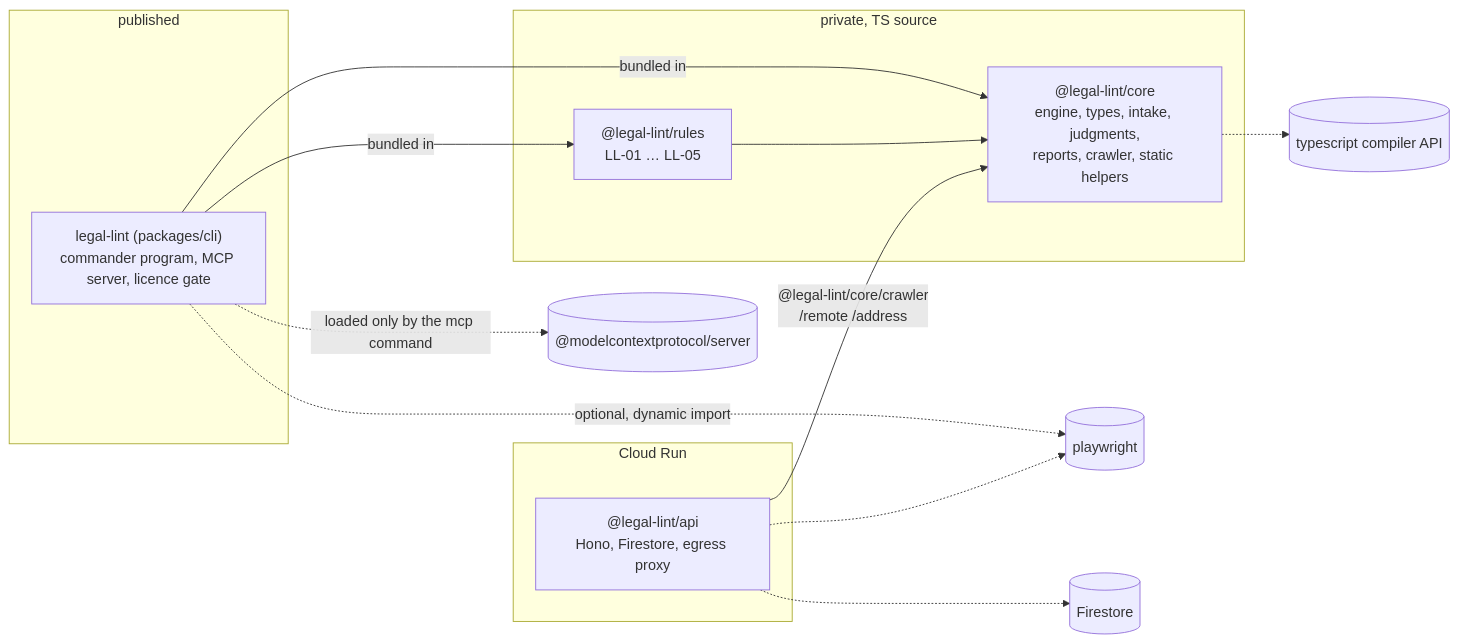
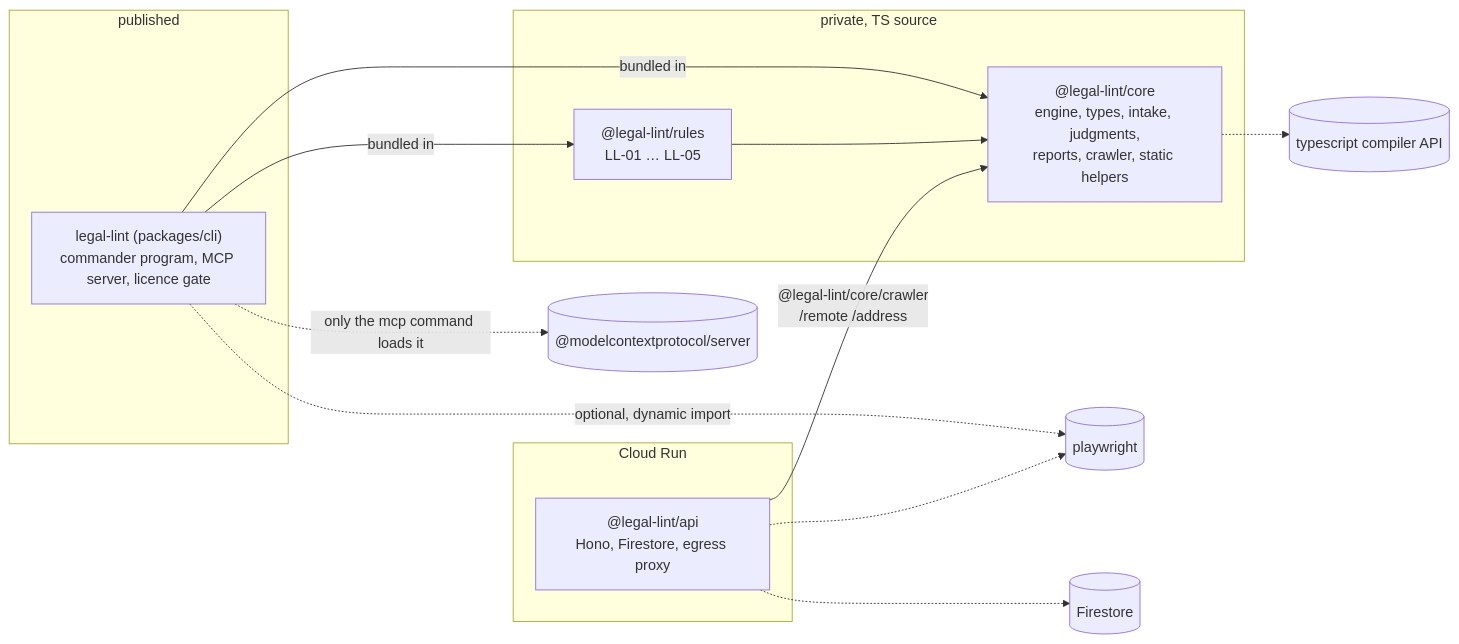
The first of 13 diagrams in docs/architecture.md (raghavg27/legal-linter), drawn with Mermaid before and after one commit. The commit also changed other lines of this file and 7 other files, not shown here.

Commit message:
docs: rewrite README, CLAUDE.md, contributor docs and architecture diagrams in ASD-STE100 style

````diff
--- a/docs/architecture.md
+++ b/docs/architecture.md
@@ -26,24 +26,24 @@
 ```mermaid
 flowchart LR
   subgraph published["published"]
     cli["legal-lint (packages/cli)<br/>commander program, MCP server, licence gate"]
   end
   subgraph private["private, TS source"]
     rules["@legal-lint/rules<br/>LL-01 … LL-05"]
     core["@legal-lint/core<br/>engine, types, intake, judgments,<br/>reports, crawler, static helpers"]
   end
   subgraph hosted["Cloud Run"]
     api["@legal-lint/api<br/>Hono, Firestore, egress proxy"]
   end
 
   cli -->|"bundled in"| rules
   cli -->|"bundled in"| core
   rules --> core
   api -->|"@legal-lint/core/crawler<br/>/remote  /address"| core
 
   cli -.->|"optional, dynamic import"| pw[("playwright")]
-  cli -.->|"loaded only by the mcp command"| mcp[("@modelcontextprotocol/server")]
+  cli -.->|"only the mcp command loads it"| mcp[("@modelcontextprotocol/server")]
   core -.-> ts[("typescript compiler API")]
   api -.-> pw
   api -.-> fs[("Firestore")]
 ```
````
